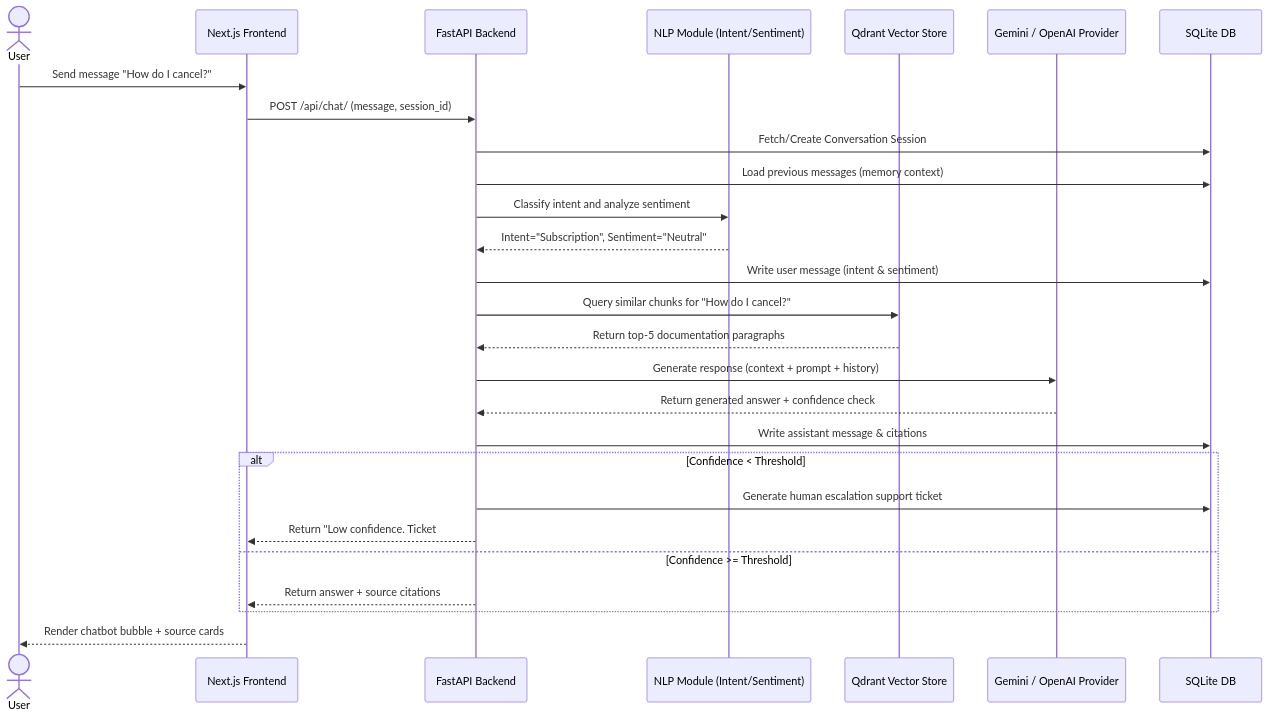
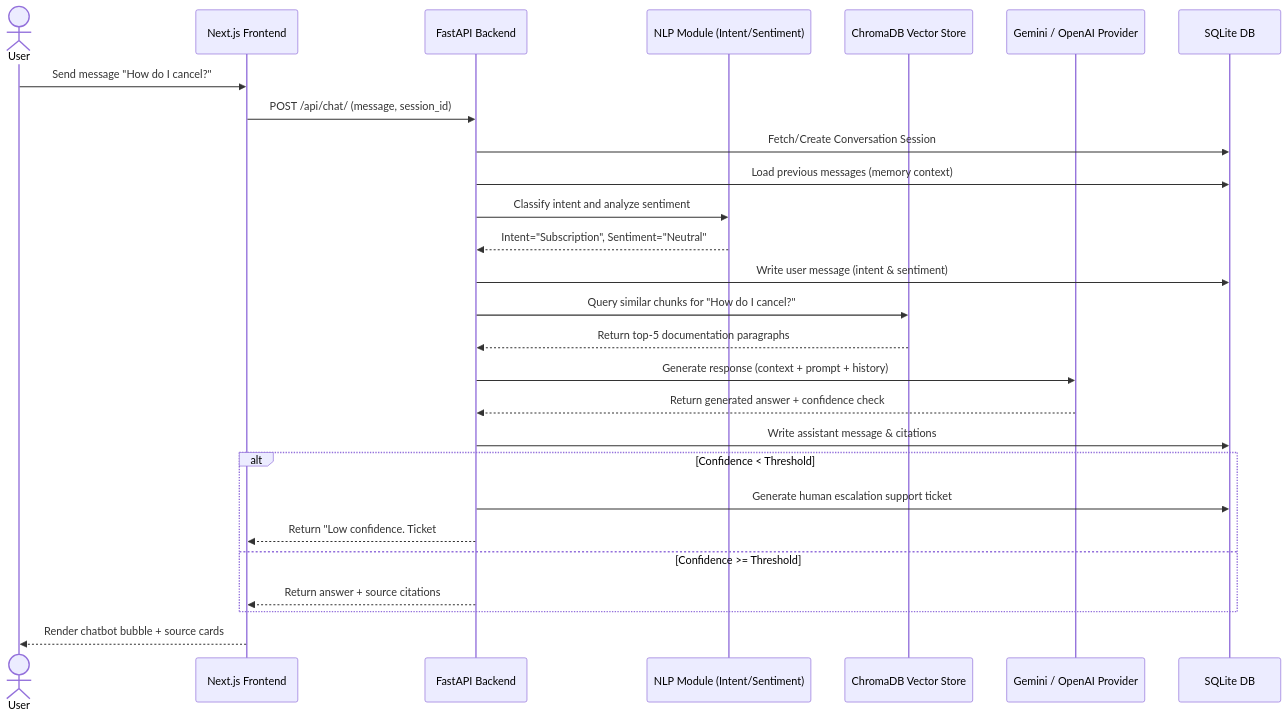
One commit to saket0x07/AI-Support-Chatbot changed the diagram in docs/architecture.md. Above: the diagram before and after it, drawn with Mermaid. The commit also changed other lines of this file and 5 other files, not shown here.

Commit message:
Update docs and configurations: replace Qdrant with ChromaDB, remove requirements.text

````diff
--- a/docs/architecture.md
+++ b/docs/architecture.md
@@ -9,30 +9,30 @@
 ```mermaid
 sequenceDiagram
     actor User
     participant App as Next.js Frontend
     participant API as FastAPI Backend
     participant NLP as NLP Module (Intent/Sentiment)
-    participant Qdrant as Qdrant Vector Store
+    participant Chroma as ChromaDB Vector Store
     participant LLM as Gemini / OpenAI Provider
     participant DB as SQLite DB
 
     User->>App: Send message "How do I cancel?"
     App->>API: POST /api/chat/ (message, session_id)
     API->>DB: Fetch/Create Conversation Session
     API->>DB: Load previous messages (memory context)
     API->>NLP: Classify intent and analyze sentiment
     NLP-->>API: Intent="Subscription", Sentiment="Neutral"
     API->>DB: Write user message (intent & sentiment)
-    API->>Qdrant: Query similar chunks for "How do I cancel?"
-    Qdrant-->>API: Return top-5 documentation paragraphs
+    API->>Chroma: Query similar chunks for "How do I cancel?"
+    Chroma-->>API: Return top-5 documentation paragraphs
     API->>LLM: Generate response (context + prompt + history)
     LLM-->>API: Return generated answer + confidence check
     API->>DB: Write assistant message & citations
     alt Confidence < Threshold
         API->>DB: Generate human escalation support ticket
         API-->>App: Return "Low confidence. Ticket #Created."
     else Confidence >= Threshold
         API-->>App: Return answer + source citations
     end
     App-->>User: Render chatbot bubble + source cards
 ```
````
